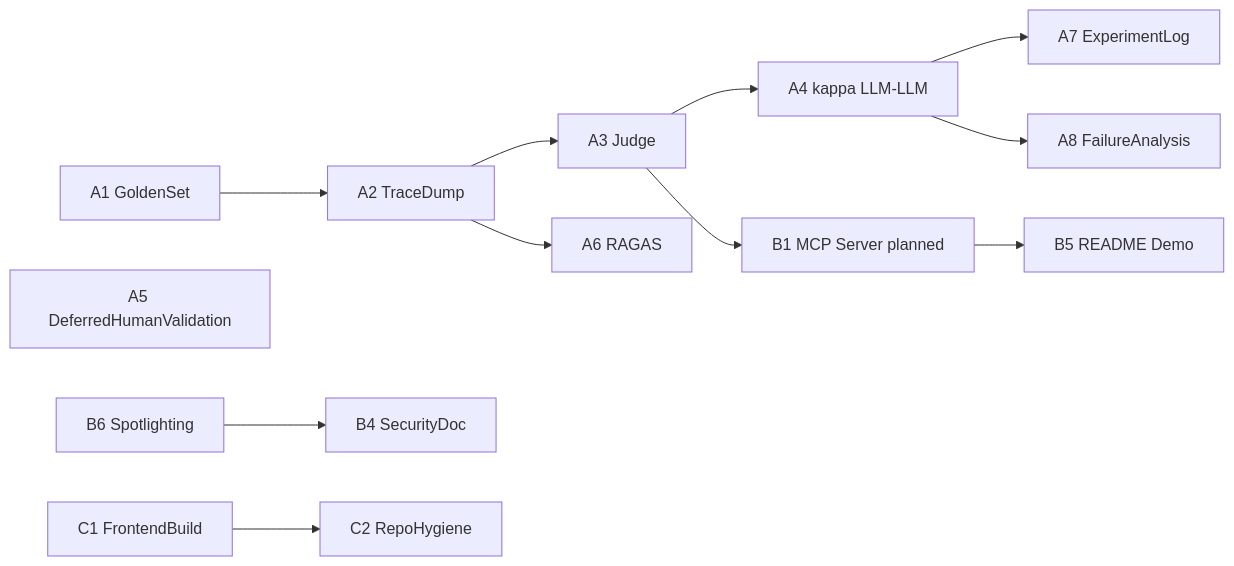
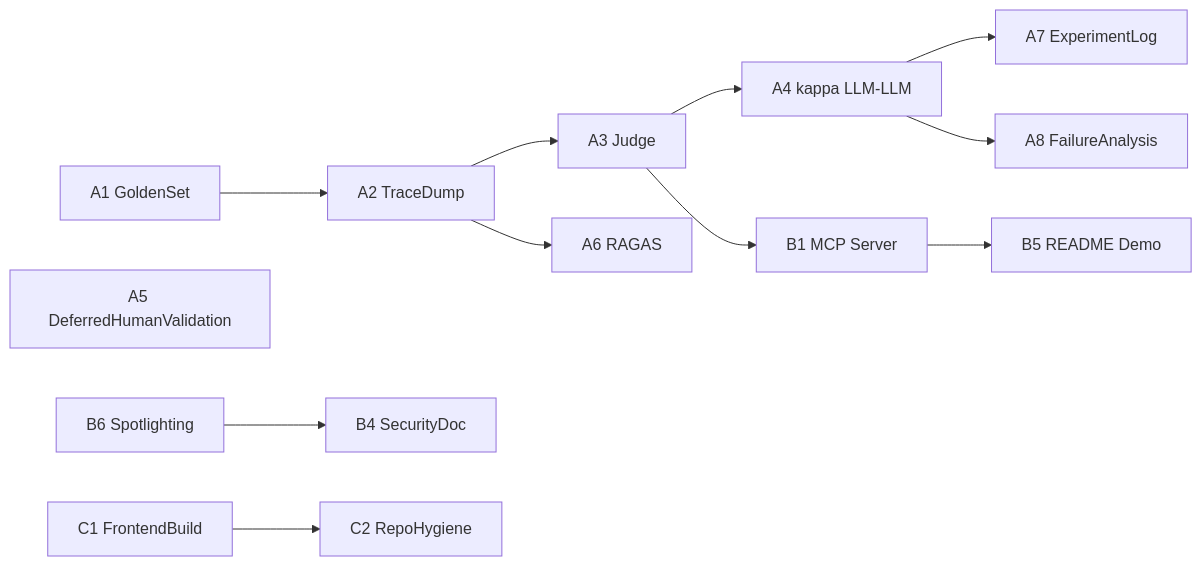
One commit to X1nzhe/Trajecta changed the diagram in docs/phase8_s18_alignment.md. Above: the diagram before and after it, drawn with Mermaid. The commit also changed other lines of this file and 2 other files, not shown here.

First line of the commit message:
docs(phase8): finish planned→shipped sweep for MCP + Spotlighting

````diff
--- a/docs/phase8_s18_alignment.md
+++ b/docs/phase8_s18_alignment.md
@@ -780,14 +780,14 @@
 ```mermaid
 flowchart LR
   A1[A1 GoldenSet] --> A2[A2 TraceDump]
   A2 --> A3[A3 Judge]
   A3 --> A4[A4 kappa LLM-LLM]
   A4 --> A7[A7 ExperimentLog]
   A4 --> A8[A8 FailureAnalysis]
   A2 --> A6[A6 RAGAS]
   A5[A5 DeferredHumanValidation]
-  A3 --> B1[B1 MCP Server planned]
+  A3 --> B1[B1 MCP Server]
   B1 --> B5[B5 README Demo]
   B6[B6 Spotlighting] --> B4[B4 SecurityDoc]
   C1[C1 FrontendBuild] --> C2[C2 RepoHygiene]
 ```
````
